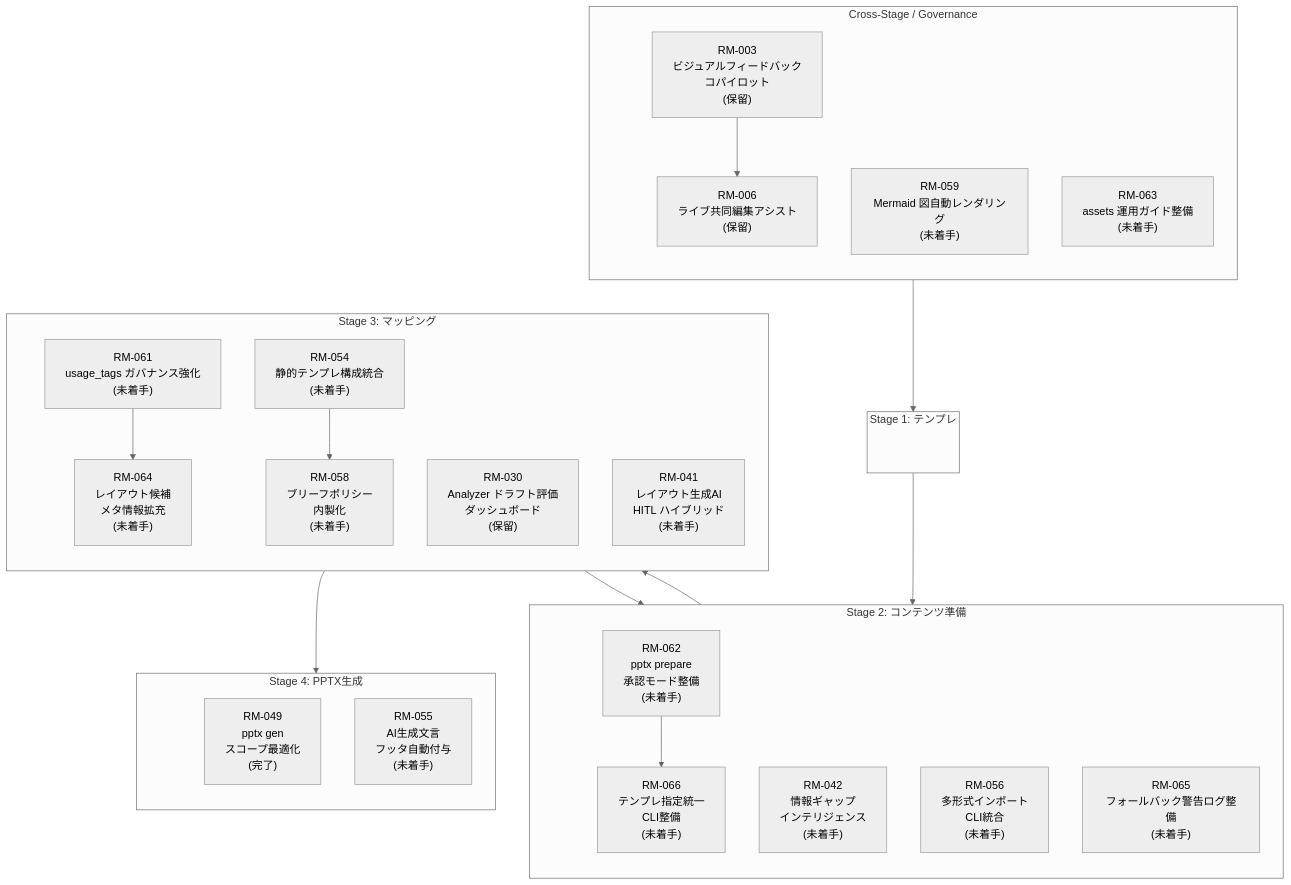
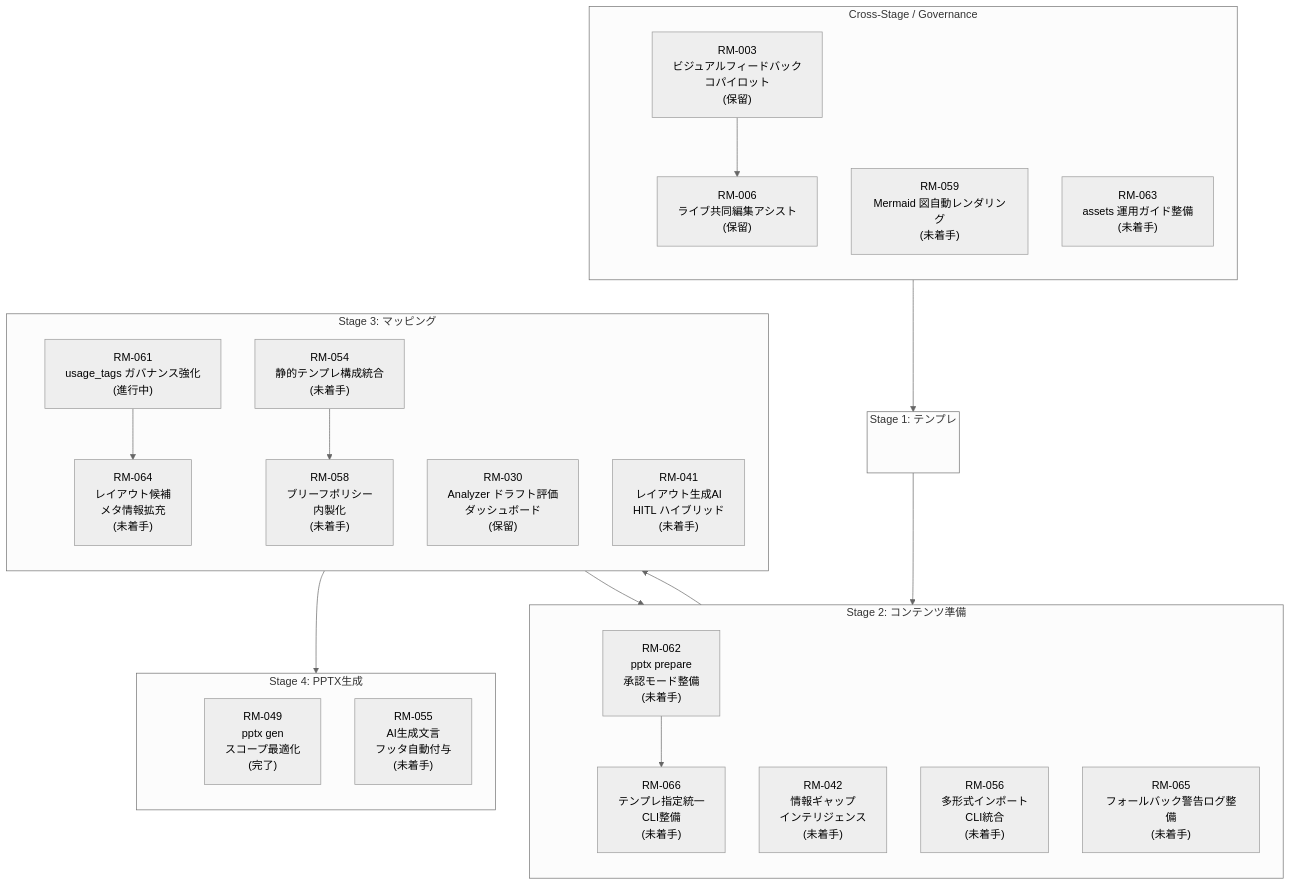
Before and after one commit to yurake/pptx_generator: the diagram in docs/roadmap/roadmap.md, drawn with Mermaid (neutral theme). The commit also changed other lines of this file and 11 other files, not shown here.

````diff
--- a/docs/roadmap/roadmap.md
+++ b/docs/roadmap/roadmap.md
@@ -25,58 +25,58 @@
 ```mermaid
 flowchart TB
     subgraph GOV["Cross-Stage / Governance"]
         direction TB
         GOV_ANCHOR(( ))
         RM003["RM-003<br/>ビジュアルフィードバック<br/>コパイロット<br/>(保留)"]
         RM006["RM-006<br/>ライブ共同編集アシスト<br/>(保留)"]
         RM059["RM-059<br/>Mermaid 図自動レンダリング<br/>(未着手)"]
         RM063["RM-063<br/>assets 運用ガイド整備<br/>(未着手)"]
     end
 
     subgraph ST1["Stage 1: テンプレ"]
         direction TB
         ST1_ANCHOR(( ))
     end
 
     subgraph ST2["Stage 2: コンテンツ準備"]
         direction TB
         ST2_ANCHOR(( ))
         RM042["RM-042<br/>情報ギャップ<br/>インテリジェンス<br/>(未着手)"]
         RM056["RM-056<br/>多形式インポート<br/>CLI統合<br/>(未着手)"]
         RM062["RM-062<br/>pptx prepare<br/>承認モード整備<br/>(未着手)"]
         RM065["RM-065<br/>フォールバック警告ログ整備<br/>(未着手)"]
         RM066["RM-066<br/>テンプレ指定統一<br/>CLI整備<br/>(未着手)"]
     end
 
     subgraph ST3["Stage 3: マッピング"]
         direction TB
         ST3_ANCHOR(( ))
         RM030["RM-030<br/>Analyzer ドラフト評価<br/>ダッシュボード<br/>(保留)"]
         RM041["RM-041<br/>レイアウト生成AI<br/>HITL ハイブリッド<br/>(未着手)"]
         RM054["RM-054<br/>静的テンプレ構成統合<br/>(未着手)"]
         RM058["RM-058<br/>ブリーフポリシー<br/>内製化<br/>(未着手)"]
-        RM061["RM-061<br/>usage_tags ガバナンス強化<br/>(未着手)"]
+        RM061["RM-061<br/>usage_tags ガバナンス強化<br/>(進行中)"]
         RM064["RM-064<br/>レイアウト候補<br/>メタ情報拡充<br/>(未着手)"]
     end
 
     subgraph ST4["Stage 4: PPTX生成"]
         direction TB
         ST4_ANCHOR(( ))
         RM049["RM-049<br/>pptx gen<br/>スコープ最適化<br/>(完了)"]
         RM055["RM-055<br/>AI生成文言<br/>フッタ自動付与<br/>(未着手)"]
     end
 
     style GOV_ANCHOR fill:transparent,stroke:transparent
     style ST1_ANCHOR fill:transparent,stroke:transparent
     style ST2_ANCHOR fill:transparent,stroke:transparent
     style ST3_ANCHOR fill:transparent,stroke:transparent
     style ST4_ANCHOR fill:transparent,stroke:transparent
 
     GOV_ANCHOR --> ST1_ANCHOR --> ST2_ANCHOR --> ST3_ANCHOR --> ST4_ANCHOR
 
     RM003 --> RM006
     RM061 --> RM064
     RM064 --> RM065
     RM062 --> RM066
     RM054 --> RM058
 ```
````
